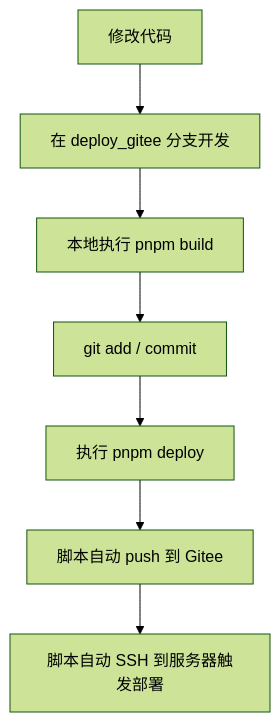
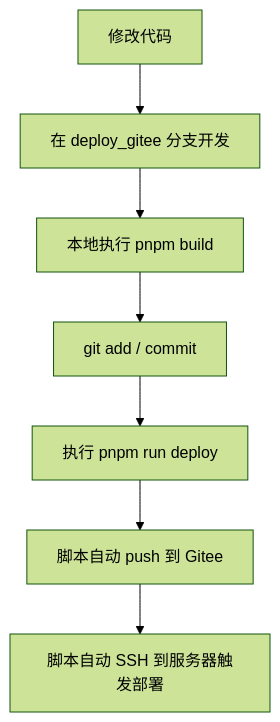
Before and after one commit to ShowTimeWalker/Aetherion: the second of 4 diagrams in DEPLOY_FLOW.md, drawn with Mermaid (forest theme). The commit also changed other lines of this file and 1 other file, not shown here.

Commit message:
fix: use pnpm run deploy command

````diff
--- a/DEPLOY_FLOW.md
+++ b/DEPLOY_FLOW.md
@@ -94,9 +94,9 @@
 ```mermaid
 flowchart TD
     A[修改代码] --> B[在 deploy_gitee 分支开发]
     B --> C[本地执行 pnpm build]
     C --> D[git add / commit]
-    D --> E[执行 pnpm deploy]
+    D --> E[执行 pnpm run deploy]
     E --> F[脚本自动 push 到 Gitee]
     F --> G[脚本自动 SSH 到服务器触发部署]
 ```
````
